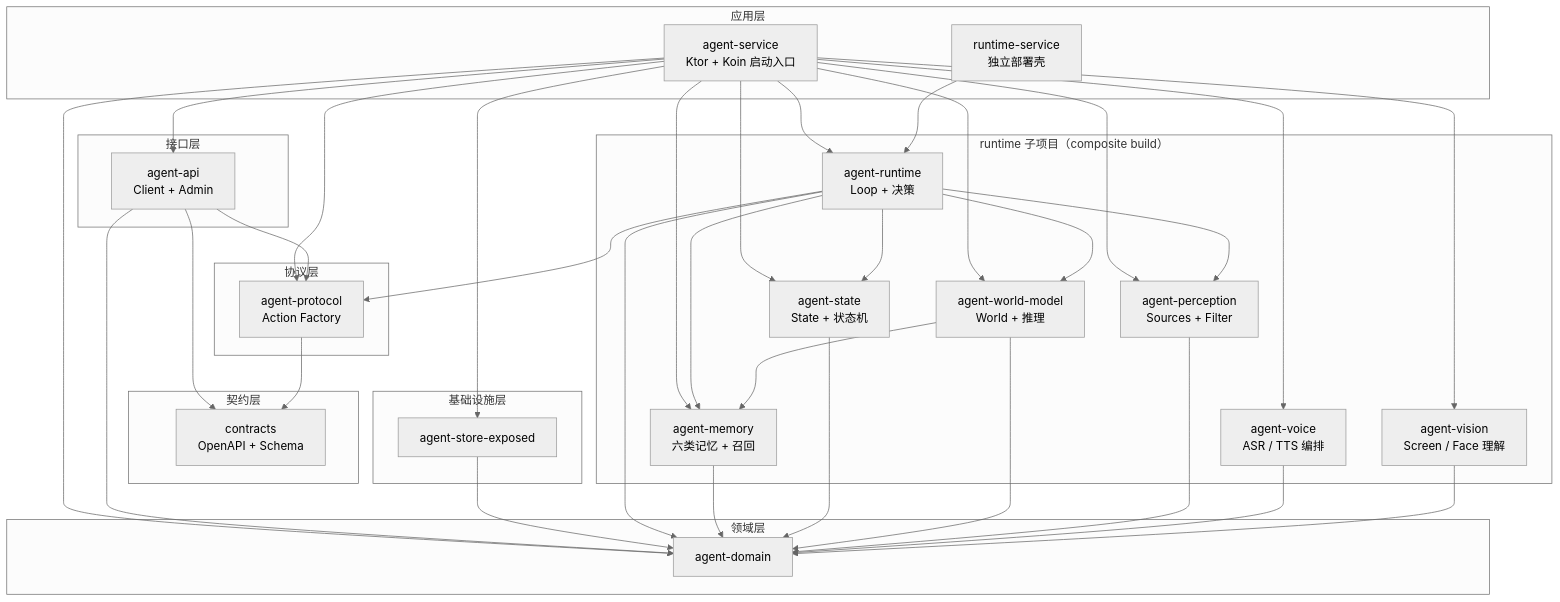
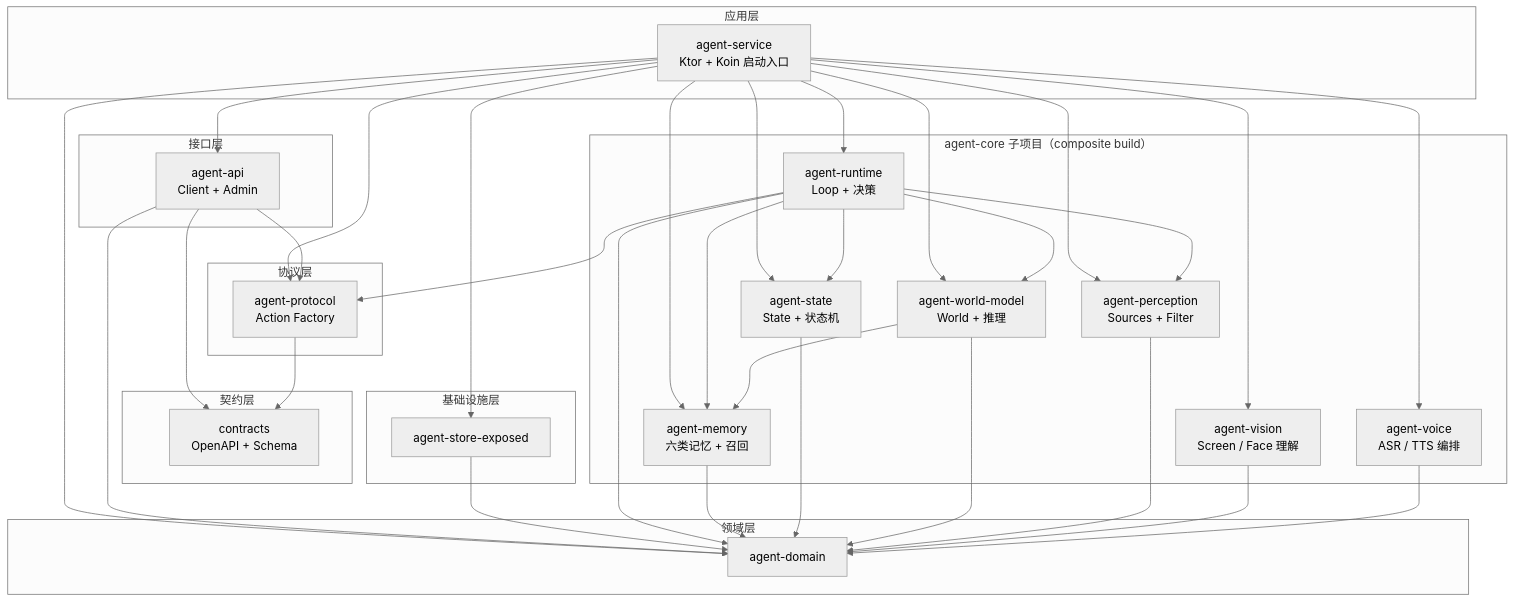
One commit to ayane-ai/ayane-docs changed the first of 2 diagrams in architecture/AgentService工程架构.md. Above: the diagram before and after it, drawn with Mermaid (neutral theme). The commit also changed other lines of this file and 2 other files, not shown here.

First line of the commit message:
docs(architecture): 重构 runtime 为 agent-core SDK 并移除独立部署模式

````diff
--- a/architecture/AgentService工程架构.md
+++ b/architecture/AgentService工程架构.md
@@ -22,71 +21,68 @@
 ```mermaid
 flowchart TB
     subgraph AppLayer["应用层"]
         AgentService[agent-service<br/>Ktor + Koin 启动入口]
-        RuntimeService[runtime-service<br/>独立部署壳]
     end
 
     subgraph ApiLayer["接口层"]
         AgentApi[agent-api<br/>Client + Admin]
     end
 
     subgraph ProtocolLayer["协议层"]
         AgentProtocol[agent-protocol<br/>Action Factory]
     end
 
     subgraph ContractLayer["契约层"]
         Contracts[contracts<br/>OpenAPI + Schema]
     end
 
     subgraph InfraLayer["基础设施层"]
         StoreExposed[agent-store-exposed]
     end
 
     subgraph DomainLayer["领域层"]
         AgentDomain[agent-domain]
     end
 
-    subgraph RuntimeCore["runtime 子项目（composite build）"]
+    subgraph RuntimeCore["agent-core 子项目（composite build）"]
         AgentRuntime[agent-runtime<br/>Loop + 决策]
         AgentMemory[agent-memory<br/>六类记忆 + 召回]
         AgentState[agent-state<br/>State + 状态机]
         AgentWorldModel[agent-world-model<br/>World + 推理]
         AgentPerception[agent-perception<br/>Sources + Filter]
+        AgentVision[agent-vision<br/>Screen / Face 理解]
         AgentVoice[agent-voice<br/>ASR / TTS 编排]
-        AgentVision[agent-vision<br/>Screen / Face 理解]
     end
 
     AgentService --> AgentApi
     AgentService --> AgentProtocol
     AgentService --> StoreExposed
     AgentService --> AgentRuntime
     AgentService --> AgentMemory
     AgentService --> AgentState
     AgentService --> AgentWorldModel
     AgentService --> AgentPerception
+    AgentService --> AgentVision
     AgentService --> AgentVoice
-    AgentService --> AgentVision
     AgentService --> AgentDomain
 
     AgentApi --> AgentProtocol
     AgentApi --> AgentDomain
     AgentApi --> Contracts
     AgentProtocol --> Contracts
     StoreExposed --> AgentDomain
 
     AgentRuntime --> AgentDomain
     AgentRuntime --> AgentProtocol
     AgentRuntime --> AgentMemory
     AgentRuntime --> AgentState
     AgentRuntime --> AgentWorldModel
     AgentRuntime --> AgentPerception
     AgentWorldModel --> AgentMemory
     AgentMemory --> AgentDomain
     AgentState --> AgentDomain
     AgentWorldModel --> AgentDomain
     AgentPerception --> AgentDomain
+    AgentVision --> AgentDomain
     AgentVoice --> AgentDomain
-    AgentVision --> AgentDomain
-
-    RuntimeService --> AgentRuntime
 ```
````
